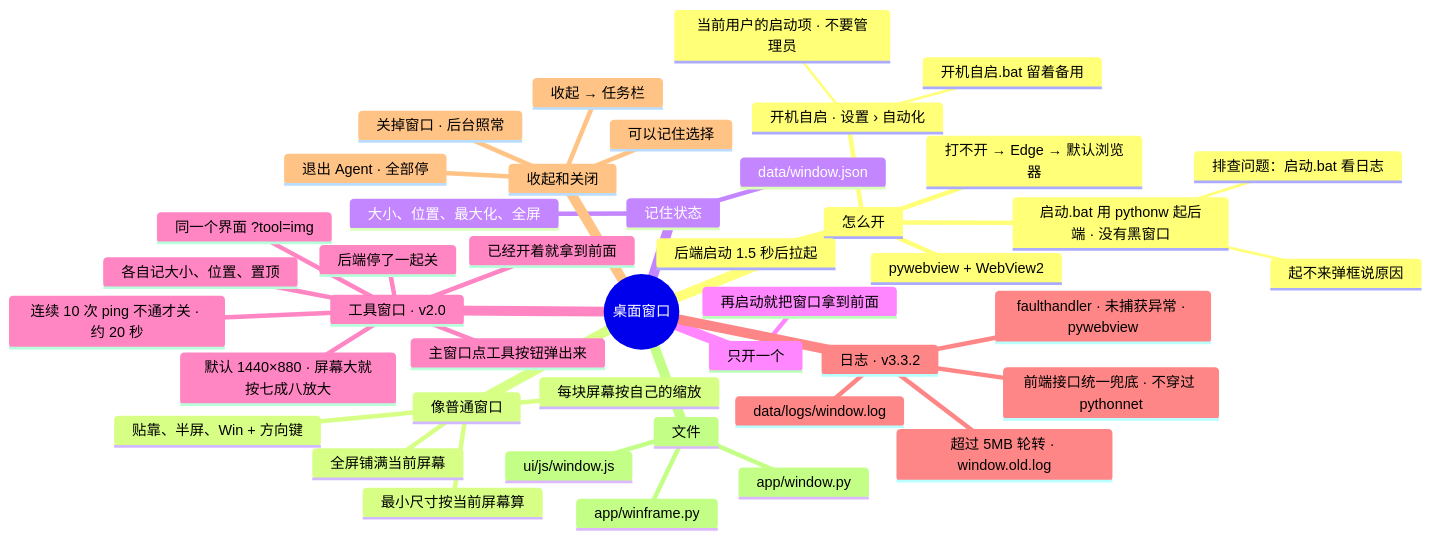
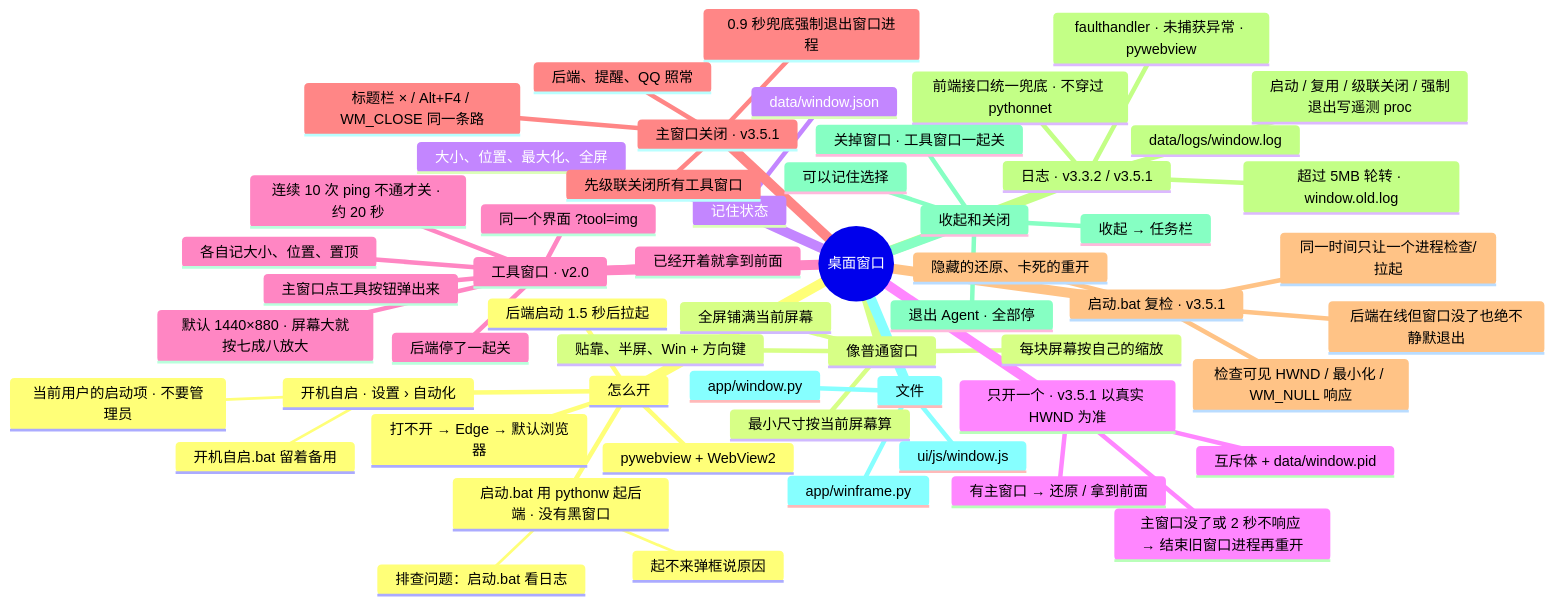
Before and after one commit to lql-076/Experiment-Agent-One: the diagram in docs/AI文档/架构/13-桌面窗口.md, drawn with Mermaid. The commit also changed other lines of this file and 35 other files, not shown here.

````diff
--- a/docs/AI文档/架构/13-桌面窗口.md
+++ b/docs/AI文档/架构/13-桌面窗口.md
@@ -9,46 +9,59 @@
 ```mermaid
 mindmap
   root((桌面窗口))
     怎么开
       启动.bat 用 pythonw 起后端 · 没有黑窗口
         起不来弹框说原因
         排查问题：启动.bat 看日志
       后端启动 1.5 秒后拉起
       pywebview + WebView2
       打不开 → Edge → 默认浏览器
       开机自启 · 设置 › 自动化
         当前用户的启动项 · 不要管理员
         开机自启.bat 留着备用
     像普通窗口
       贴靠、半屏、Win + 方向键
       每块屏幕按自己的缩放
       最小尺寸按当前屏幕算
       全屏铺满当前屏幕
     记住状态
       大小、位置、最大化、全屏
       data/window.json
-    只开一个
-      再启动就把窗口拿到前面
+    只开一个 · v3.5.1 以真实 HWND 为准
+      互斥体 + data/window.pid
+      有主窗口 → 还原 / 拿到前面
+      主窗口没了或 2 秒不响应 → 结束旧窗口进程再重开
     工具窗口 · v2.0
       主窗口点工具按钮弹出来
       同一个界面 ?tool=img
       已经开着就拿到前面
       各自记大小、位置、置顶
       默认 1440×880 · 屏幕大就按七成八放大
       后端停了一起关
       连续 10 次 ping 不通才关 · 约 20 秒
-    日志 · v3.3.2
+    主窗口关闭 · v3.5.1
+      标题栏 × / Alt+F4 / WM_CLOSE 同一条路
+      先级联关闭所有工具窗口
+      0.9 秒兜底强制退出窗口进程
+      后端、提醒、QQ 照常
+    启动.bat 复检 · v3.5.1
+      后端在线但窗口没了也绝不静默退出
+      检查可见 HWND / 最小化 / WM_NULL 响应
+      隐藏的还原、卡死的重开
+      同一时间只让一个进程检查/拉起
+    日志 · v3.3.2 / v3.5.1
       data/logs/window.log
       超过 5MB 轮转 · window.old.log
       faulthandler · 未捕获异常 · pywebview
       前端接口统一兜底 · 不穿过 pythonnet
+      启动 / 复用 / 级联关闭 / 强制退出写遥测 proc
     收起和关闭
       收起 → 任务栏
-      关掉窗口 · 后台照常
+      关掉窗口 · 工具窗口一起关
       退出 Agent · 全部停
       可以记住选择
     文件
       app/window.py
       app/winframe.py
       ui/js/window.js
 ```
````
